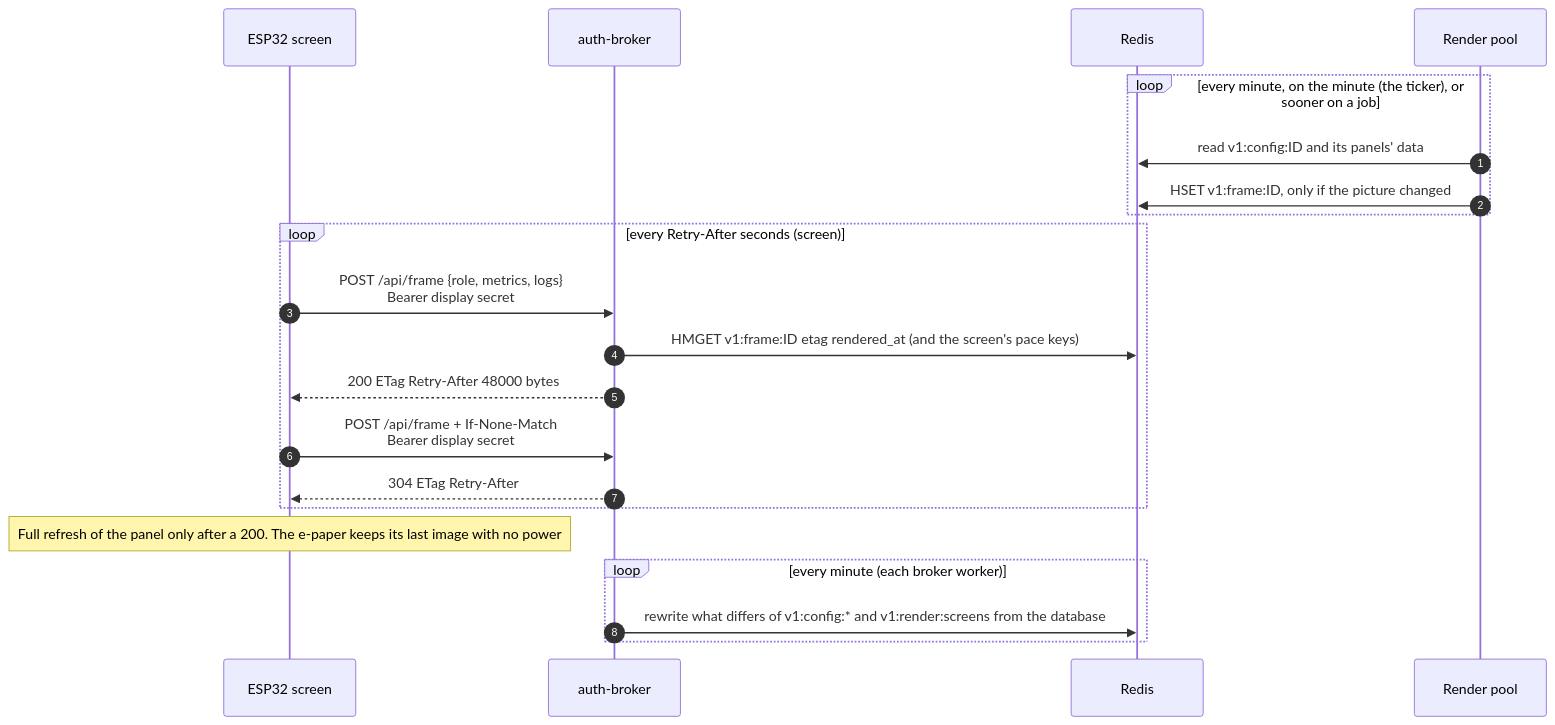
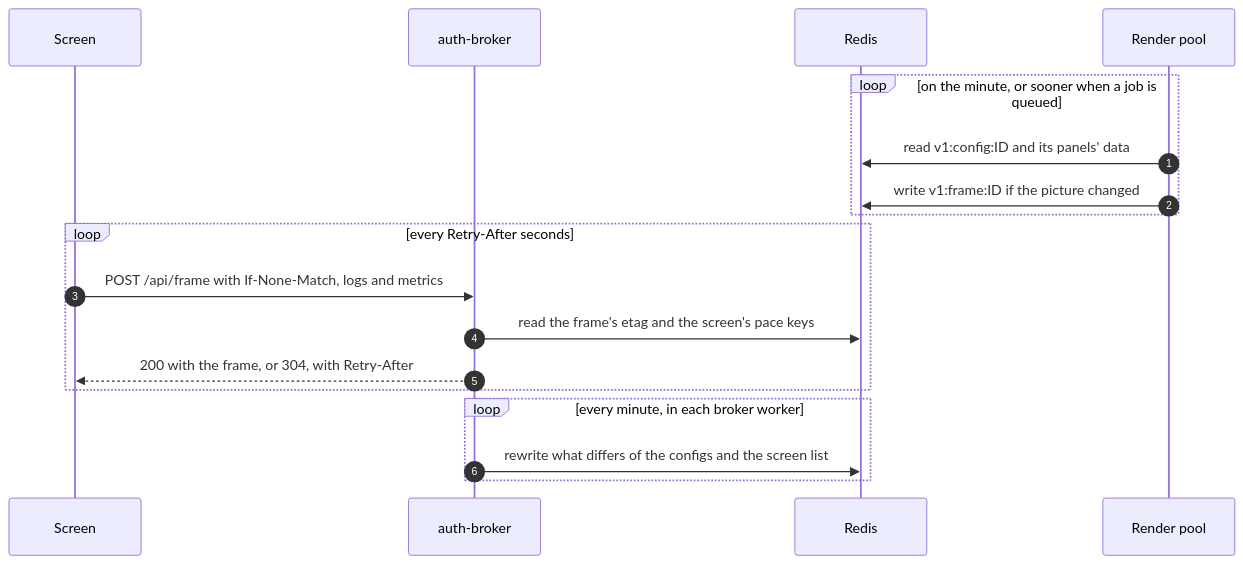
The third of 4 diagrams in docs/architecture.md (nvorkinn/auth-broker), drawn with Mermaid before and after one commit. The commit also changed other lines of this file and 6 other files, not shown here.

````diff
--- a/docs/architecture.md
+++ b/docs/architecture.md
@@ -274,23 +122,21 @@
 ```mermaid
 sequenceDiagram
     autonumber
-    participant S as ESP32 screen
+    participant S as Screen
     participant B as auth-broker
     participant D as Redis
     participant W as Render pool
-    loop every minute, on the minute (the ticker), or sooner on a job
+
+    loop on the minute, or sooner when a job is queued
         W->>D: read v1:config:ID and its panels' data
-        W->>D: HSET v1:frame:ID, only if the picture changed
+        W->>D: write v1:frame:ID if the picture changed
     end
-    loop every Retry-After seconds (screen)
-        S->>B: POST /api/frame {role, metrics, logs}<br/>Bearer display secret
-        B->>D: HMGET v1:frame:ID etag rendered_at (and the screen's pace keys)
-        B-->>S: 200 ETag Retry-After 48000 bytes
-        S->>B: POST /api/frame + If-None-Match<br/>Bearer display secret
-        B-->>S: 304 ETag Retry-After
+    loop every Retry-After seconds
+        S->>B: POST /api/frame with If-None-Match, logs and metrics
+        B->>D: read the frame's etag and the screen's pace keys
+        B-->>S: 200 with the frame, or 304, with Retry-After
     end
-    Note over S: Full refresh of the panel only after a 200. The e-paper keeps its last image with no power
-    loop every minute (each broker worker)
-        B->>D: rewrite what differs of v1:config:* and v1:render:screens from the database
+    loop every minute, in each broker worker
+        B->>D: rewrite what differs of the configs and the screen list
     end
 ```
````
